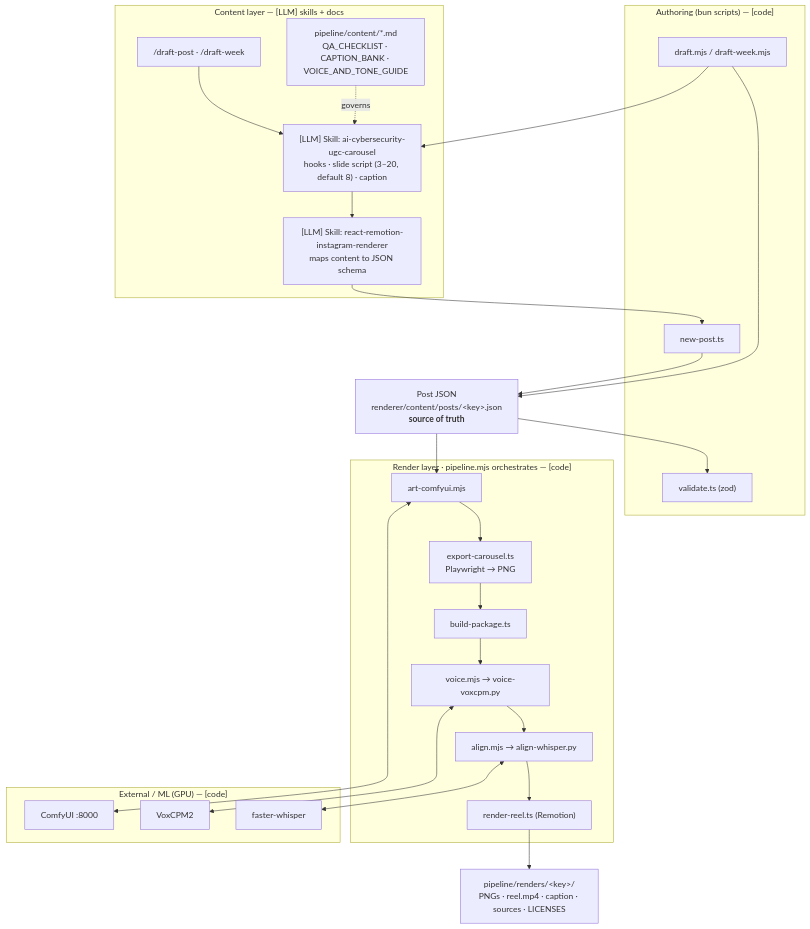
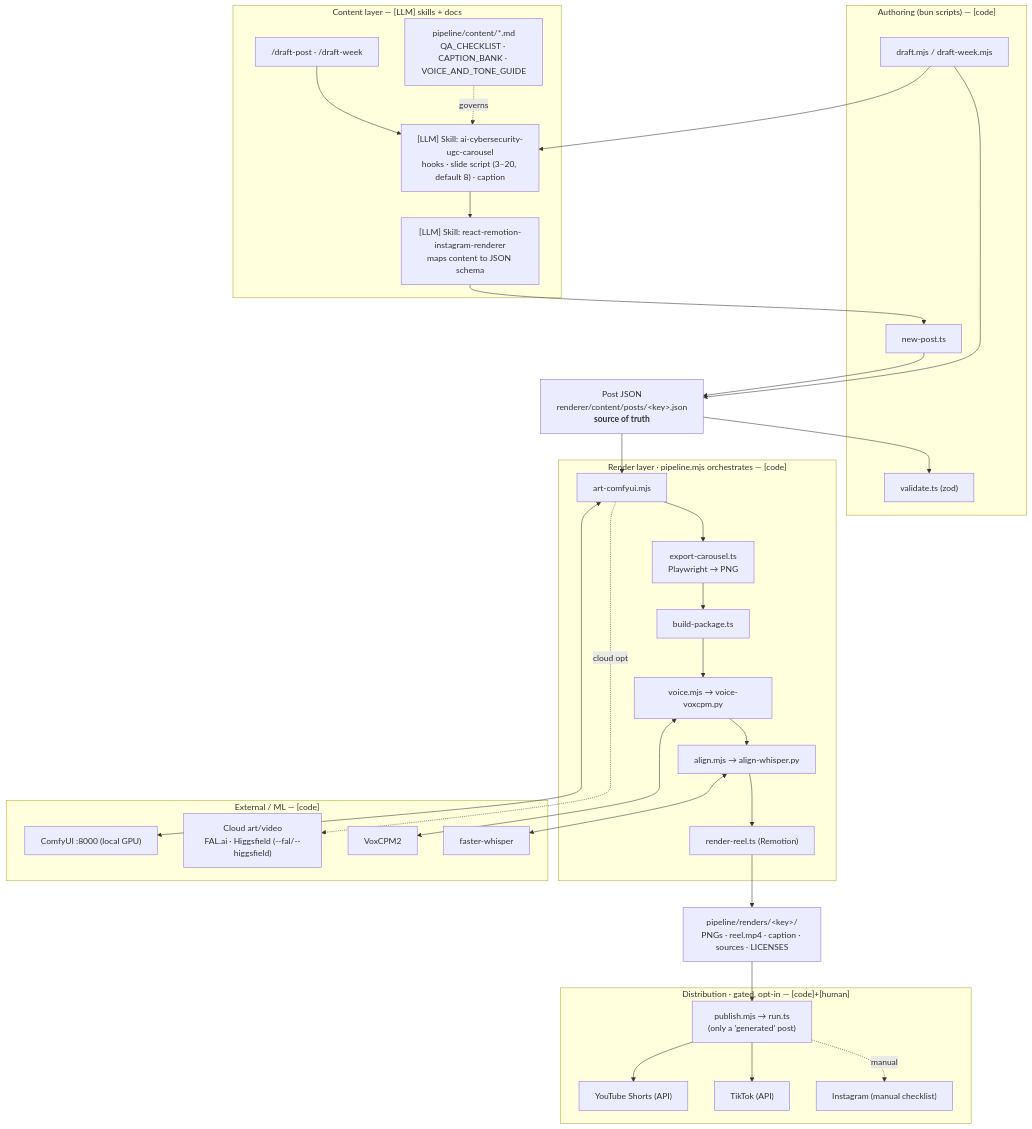
Before and after one commit to jondmarien/ai-ugc-pipeline: the first of 4 diagrams in renderer/docs/PROJECT_ARCHITECTURE.md, drawn with Mermaid. The commit also changed other lines of this file and 3 other files, not shown here.

First line of the commit message:
docs(architecture): add PUBLISHING_ARCHITECTURE; sync PROJECT/PIPELINE; tighten README Status

````diff
--- a/renderer/docs/PROJECT_ARCHITECTURE.md
+++ b/renderer/docs/PROJECT_ARCHITECTURE.md
@@ -15,41 +15,53 @@
 ```mermaid
 flowchart TB
     subgraph Content["Content layer — [LLM] skills + docs"]
         CMD["/draft-post · /draft-week"]
         SK1["[LLM] Skill: ai-cybersecurity-ugc-carousel<br/>hooks · slide script (3–20, default 8) · caption"]
         SK2["[LLM] Skill: react-remotion-instagram-renderer<br/>maps content to JSON schema"]
         DOCS["pipeline/content/*.md<br/>QA_CHECKLIST · CAPTION_BANK · VOICE_AND_TONE_GUIDE"]
     end
     subgraph Authoring["Authoring (bun scripts) — [code]"]
         NEW["new-post.ts"]
         DRAFT["draft.mjs / draft-week.mjs"]
         VAL["validate.ts (zod)"]
     end
     JSON["Post JSON<br/>renderer/content/posts/&lt;key&gt;.json<br/><b>source of truth</b>"]
     subgraph Render["Render layer · pipeline.mjs orchestrates — [code]"]
         ART["art-comfyui.mjs"]
         EXP["export-carousel.ts<br/>Playwright → PNG"]
         PKG["build-package.ts"]
         VOICE["voice.mjs → voice-voxcpm.py"]
         ALIGN["align.mjs → align-whisper.py"]
         REEL["render-reel.ts (Remotion)"]
     end
-    subgraph External["External / ML (GPU) — [code]"]
-        COMFY["ComfyUI :8000"]
+    subgraph External["External / ML — [code]"]
+        COMFY["ComfyUI :8000 (local GPU)"]
+        CLOUD["Cloud art/video<br/>FAL.ai · Higgsfield (--fal/--higgsfield)"]
         VOX["VoxCPM2"]
         WHIS["faster-whisper"]
     end
     OUT["pipeline/renders/&lt;key&gt;/<br/>PNGs · reel.mp4 · caption · sources · LICENSES"]
+    subgraph Distribution["Distribution · gated, opt-in — [code]+[human]"]
+        PUB["publish.mjs → run.ts<br/>(only a 'generated' post)"]
+        YT["YouTube Shorts (API)"]
+        TT["TikTok (API)"]
+        IG["Instagram (manual checklist)"]
+    end
 
     CMD --> SK1 --> SK2 --> NEW
     DOCS -.governs.-> SK1
     DRAFT --> SK1
     NEW --> JSON
     DRAFT --> JSON
     JSON --> VAL
     JSON --> ART
     ART --> EXP --> PKG --> VOICE --> ALIGN --> REEL --> OUT
     ART <--> COMFY
+    ART -. cloud opt .-> CLOUD
     VOICE <--> VOX
     ALIGN <--> WHIS
+    OUT --> PUB
+    PUB --> YT
+    PUB --> TT
+    PUB -.manual.-> IG
 ```
````
